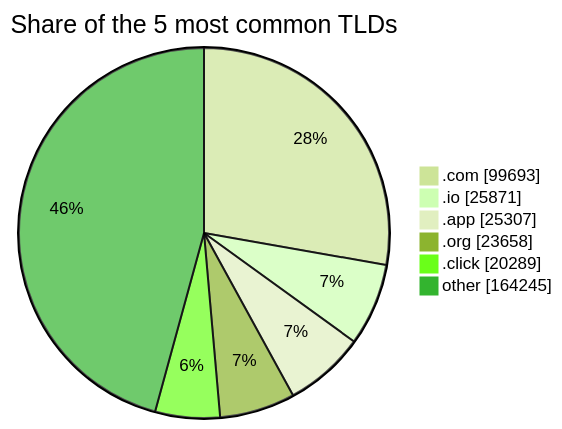
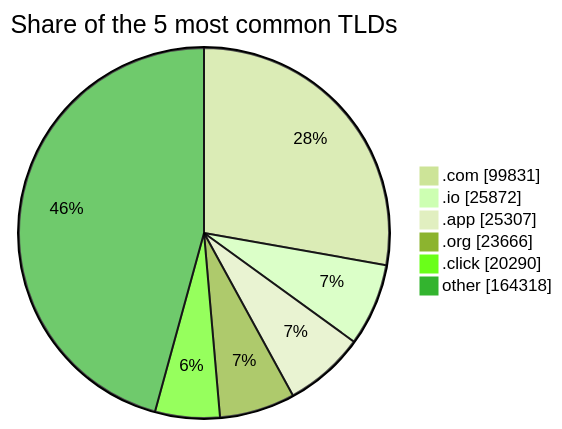
One commit to DNSBunker/CTI changed the third of 3 diagrams in README.md. Above: the diagram before and after it, drawn with Mermaid (forest theme). The commit also changed other lines of this file and 3 other files, not shown here.

````diff
--- a/README.md
+++ b/README.md
@@ -81,9 +81,9 @@
 ```mermaid
 pie showData title Share of the 5 most common TLDs
-    ".com" : 99693
-    ".io" : 25871
+    ".com" : 99831
+    ".io" : 25872
     ".app" : 25307
-    ".org" : 23658
-    ".click" : 20289
-    "other" : 164245
+    ".org" : 23666
+    ".click" : 20290
+    "other" : 164318
 ```
````
